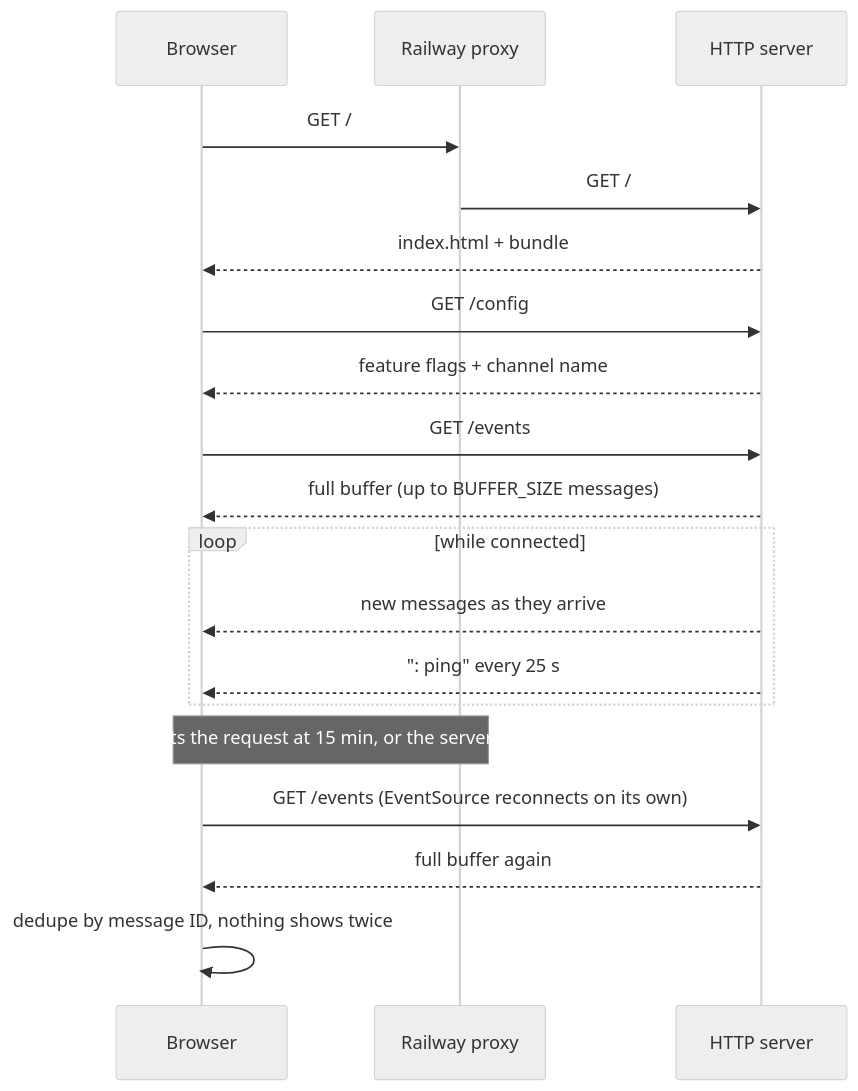
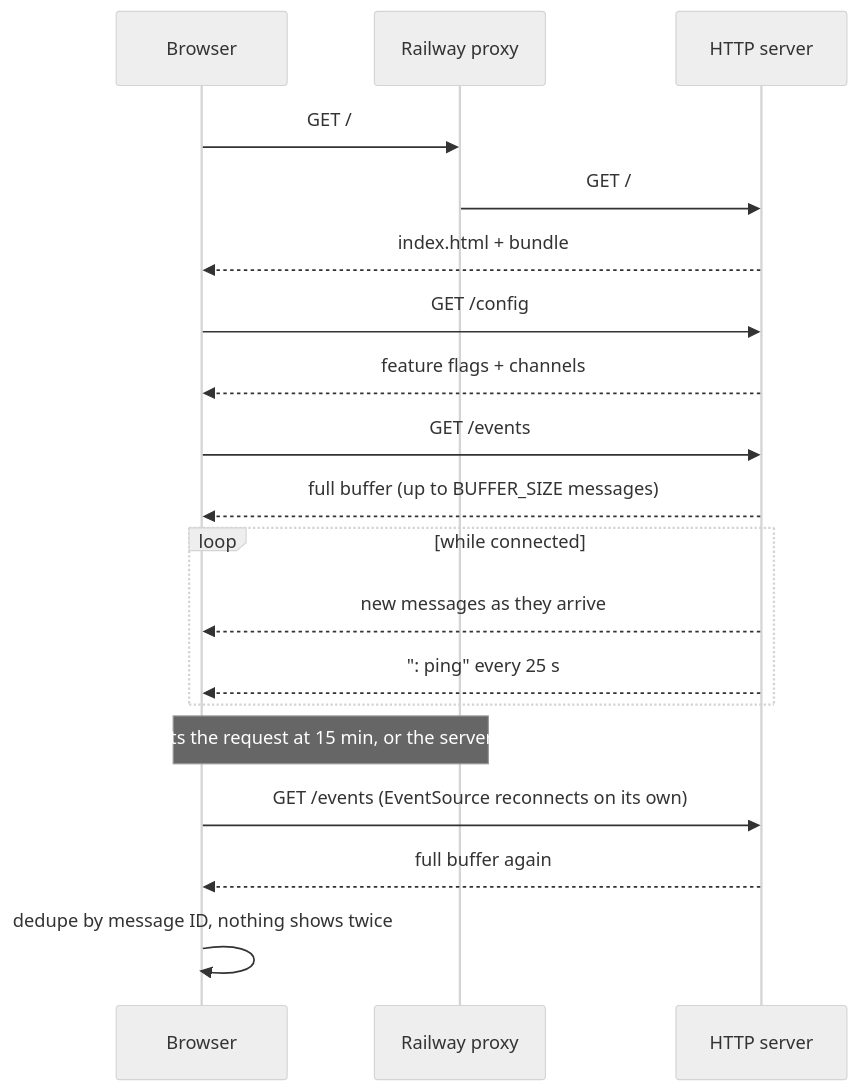
One commit to AmitKulkarni23/discord-relay changed the fourth of 5 diagrams in docs/system-specs/architecture.md. Above: the diagram before and after it, drawn with Mermaid (neutral theme). The commit also changed other lines of this file and 9 other files, not shown here.

Commit message:
Relay several channels from one bot: CHANNEL_ID takes a comma-separated list, /events?channel= picks one, and the page shows a tab per channel.

````diff
--- a/docs/system-specs/architecture.md
+++ b/docs/system-specs/architecture.md
@@ -84,21 +84,21 @@
 ```mermaid
 sequenceDiagram
   participant W as Browser
   participant P as Railway proxy
   participant S as HTTP server
   W->>P: GET /
   P->>S: GET /
   S-->>W: index.html + bundle
   W->>S: GET /config
-  S-->>W: feature flags + channel name
+  S-->>W: feature flags + channels
   W->>S: GET /events
   S-->>W: full buffer (up to BUFFER_SIZE messages)
   loop while connected
     S-->>W: new messages as they arrive
     S-->>W: ": ping" every 25 s
   end
   Note over P,W: proxy cuts the request at 15 min, or the server restarts
   W->>S: GET /events (EventSource reconnects on its own)
   S-->>W: full buffer again
   W->>W: dedupe by message ID, nothing shows twice
 ```
````
